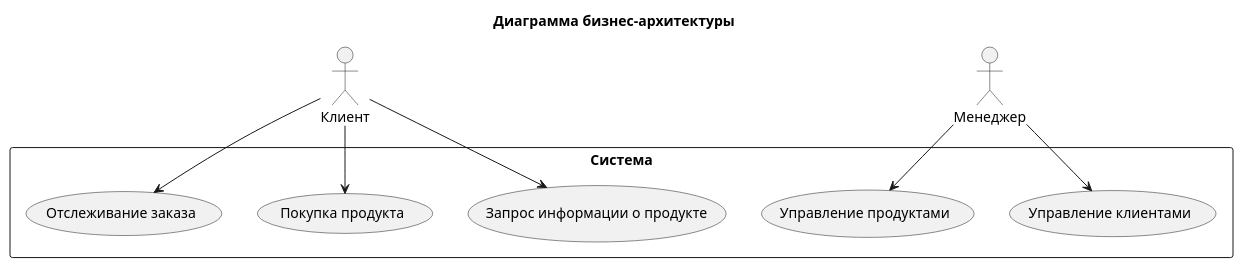
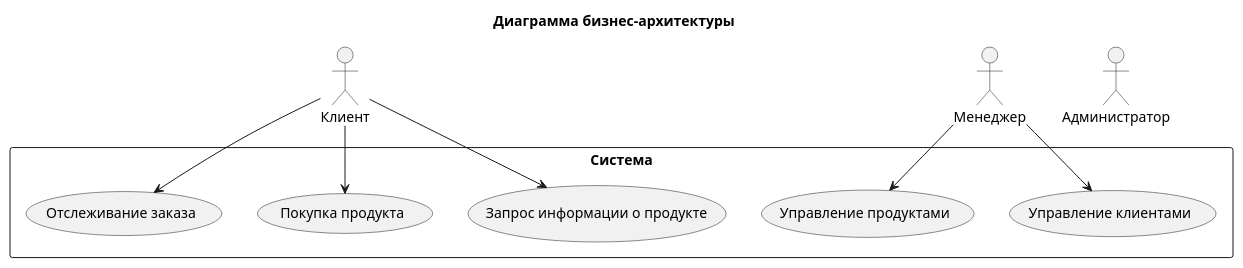
The diagram in business-architecture/business-architecture-diagram.puml (TeraGigaByte/internet-shop-project), drawn with PlantUML before and after one commit.

```diff
--- a/business-architecture/business-architecture-diagram.puml
+++ b/business-architecture/business-architecture-diagram.puml
@@ -1,21 +1,21 @@
 @startuml
 title Диаграмма бизнес-архитектуры
 
 actor Клиент
-actor Менеджер
+actor Администратор
 
 rectangle Система {
   usecase "Запрос информации о продукте" as UC1
   usecase "Покупка продукта" as UC2
   usecase "Отслеживание заказа" as UC3
   usecase "Управление продуктами" as UC4
   usecase "Управление клиентами" as UC5
 }
 
 Клиент --> UC1
 Клиент --> UC2
 Клиент --> UC3
 Менеджер --> UC4
 Менеджер --> UC5
 
 @enduml
```
